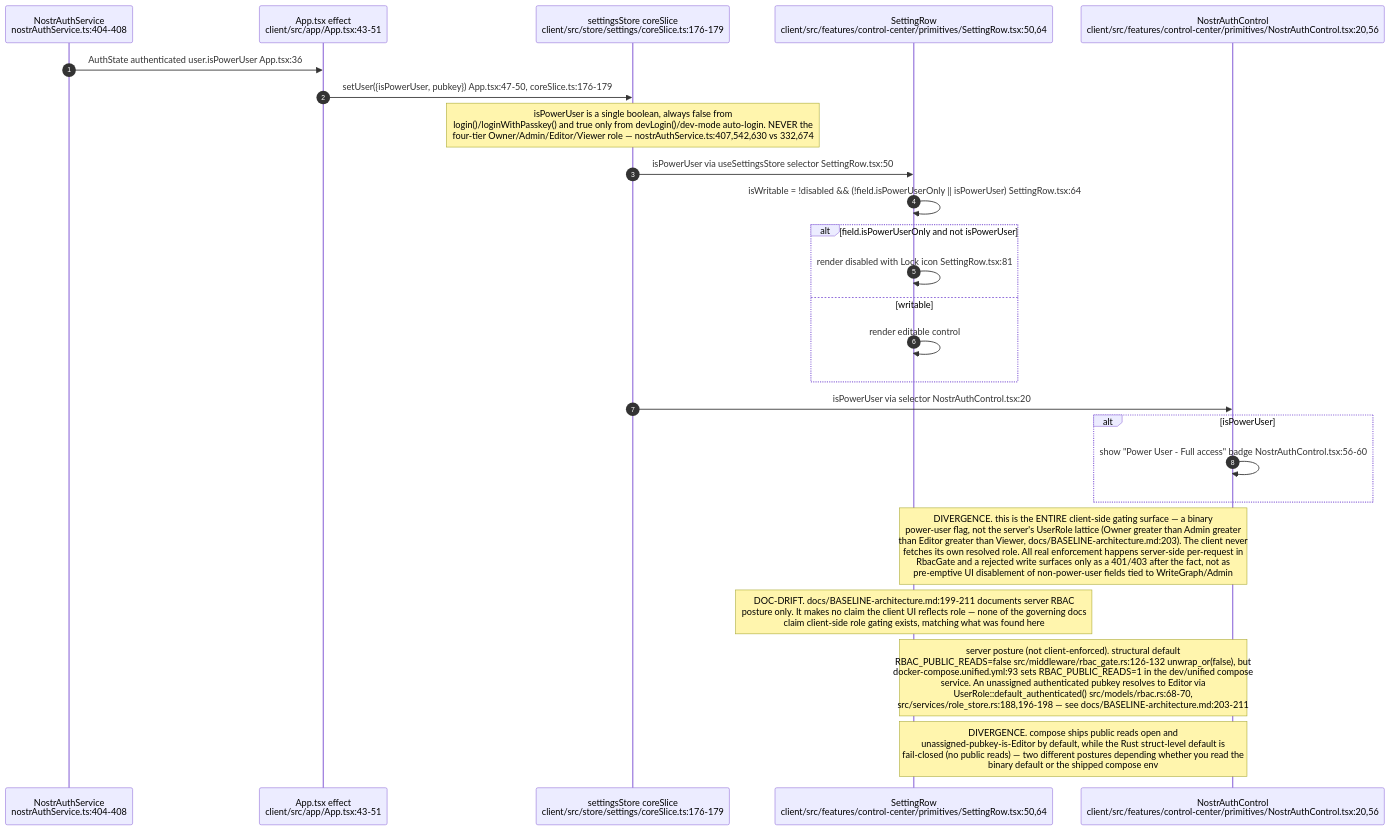
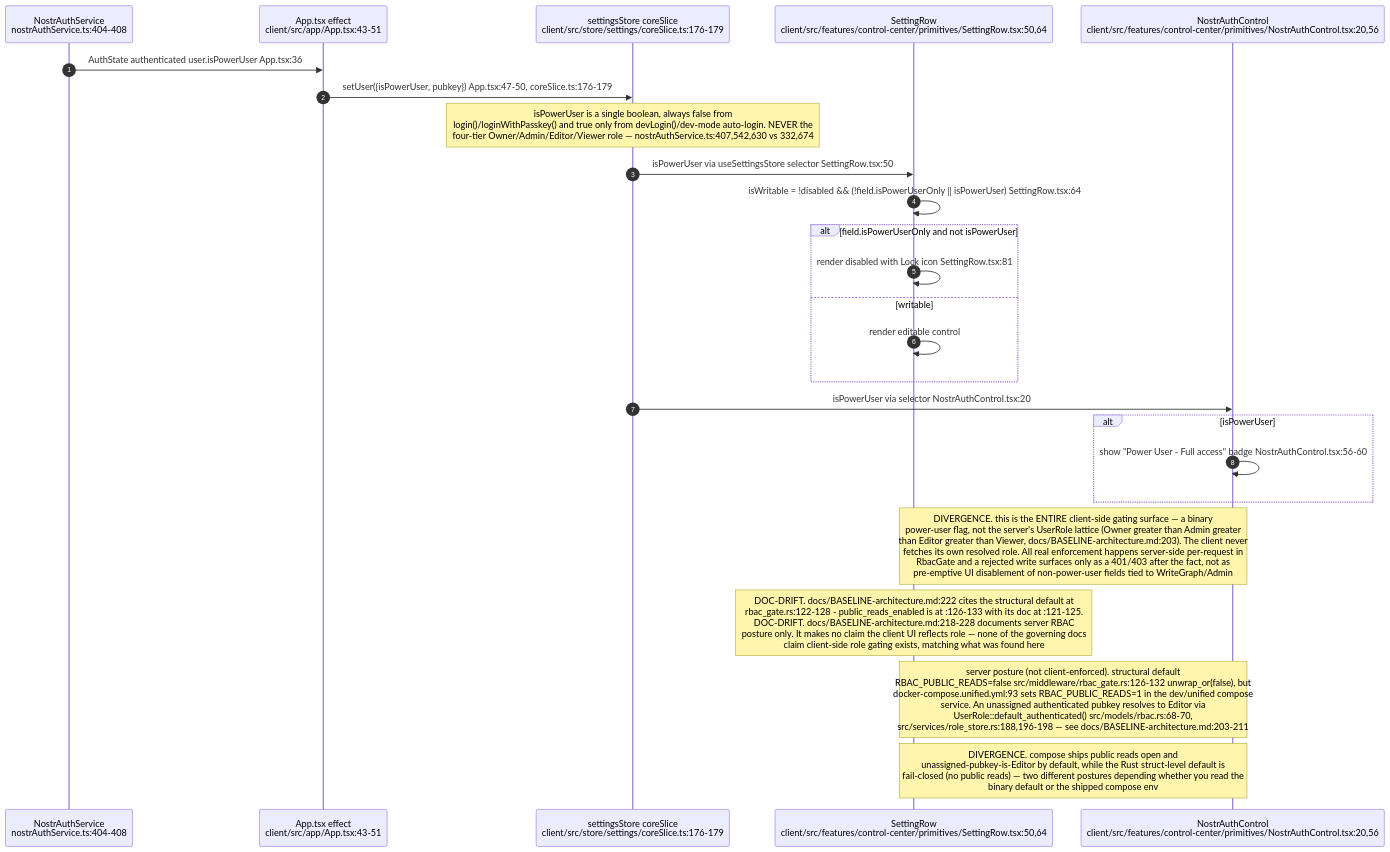
Before and after one commit to DreamLab-AI/AR-AI-Knowledge-Graph: the sixth of 9 diagrams in docs/diagrams/visionclaw/33-client-auth-and-identity.md, drawn with Mermaid. The commit also changed 36 other files, not shown here.

````diff
--- a/docs/diagrams/visionclaw/33-client-auth-and-identity.md
+++ b/docs/diagrams/visionclaw/33-client-auth-and-identity.md
@@ -287,30 +287,30 @@
 ```mermaid
 sequenceDiagram
     autonumber
     participant NA as NostrAuthService<br/>nostrAuthService.ts:404-408
     participant App as App.tsx effect<br/>client/src/app/App.tsx:43-51
     participant Store as settingsStore coreSlice<br/>client/src/store/settings/coreSlice.ts:176-179
     participant Row as SettingRow<br/>client/src/features/control-center/primitives/SettingRow.tsx:50,64
     participant Ctl as NostrAuthControl<br/>client/src/features/control-center/primitives/NostrAuthControl.tsx:20,56
 
     NA->>App: AuthState authenticated user.isPowerUser App.tsx:36
     App->>Store: setUser({isPowerUser, pubkey}) App.tsx:47-50, coreSlice.ts:176-179
     Note over Store: isPowerUser is a single boolean, always false from<br/>login()/loginWithPasskey() and true only from devLogin()/dev-mode auto-login. NEVER the<br/>four-tier Owner/Admin/Editor/Viewer role — nostrAuthService.ts:407,542,630 vs 332,674
     Store->>Row: isPowerUser via useSettingsStore selector SettingRow.tsx:50
     Row->>Row: isWritable = !disabled && (!field.isPowerUserOnly || isPowerUser) SettingRow.tsx:64
     alt field.isPowerUserOnly and not isPowerUser
         Row->>Row: render disabled with Lock icon SettingRow.tsx:81
     else writable
         Row->>Row: render editable control
     end
     Store->>Ctl: isPowerUser via selector NostrAuthControl.tsx:20
     alt isPowerUser
         Ctl->>Ctl: show "Power User - Full access" badge NostrAuthControl.tsx:56-60
     end
 
     Note over Row,Ctl: DIVERGENCE. this is the ENTIRE client-side gating surface — a binary<br/>power-user flag, not the server's UserRole lattice (Owner greater than Admin greater<br/>than Editor greater than Viewer, docs/BASELINE-architecture.md:203). The client never<br/>fetches its own resolved role. All real enforcement happens server-side per-request in<br/>RbacGate and a rejected write surfaces only as a 401/403 after the fact, not as<br/>pre-emptive UI disablement of non-power-user fields tied to WriteGraph/Admin
-    Note over Row: DOC-DRIFT. docs/BASELINE-architecture.md:199-211 documents server RBAC<br/>posture only. It makes no claim the client UI reflects role — none of the governing docs<br/>claim client-side role gating exists, matching what was found here
+    Note over Row: DOC-DRIFT. docs/BASELINE-architecture.md:222 cites the structural default at<br/>rbac_gate.rs:122-128 - public_reads_enabled is at :126-133 with its doc at :121-125.<br/>DOC-DRIFT. docs/BASELINE-architecture.md:218-228 documents server RBAC<br/>posture only. It makes no claim the client UI reflects role — none of the governing docs<br/>claim client-side role gating exists, matching what was found here
 
     Note over Row,Ctl: server posture (not client-enforced). structural default<br/>RBAC_PUBLIC_READS=false src/middleware/rbac_gate.rs:126-132 unwrap_or(false), but<br/>docker-compose.unified.yml:93 sets RBAC_PUBLIC_READS=1 in the dev/unified compose<br/>service. An unassigned authenticated pubkey resolves to Editor via<br/>UserRole::default_authenticated() src/models/rbac.rs:68-70,<br/>src/services/role_store.rs:188,196-198 — see docs/BASELINE-architecture.md:203-211
     Note over Row,Ctl: DIVERGENCE. compose ships public reads open and<br/>unassigned-pubkey-is-Editor by default, while the Rust struct-level default is<br/>fail-closed (no public reads) — two different postures depending whether you read the<br/>binary default or the shipped compose env
 ```
````
